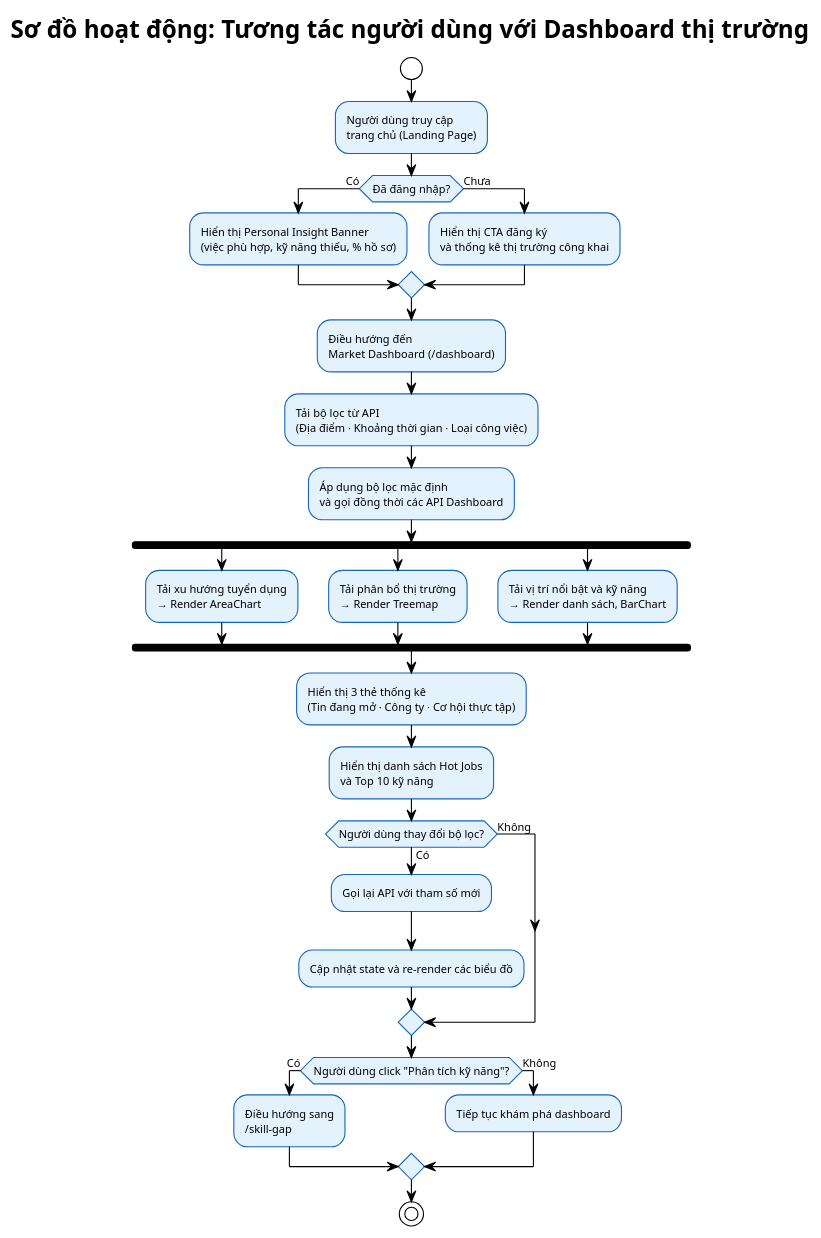
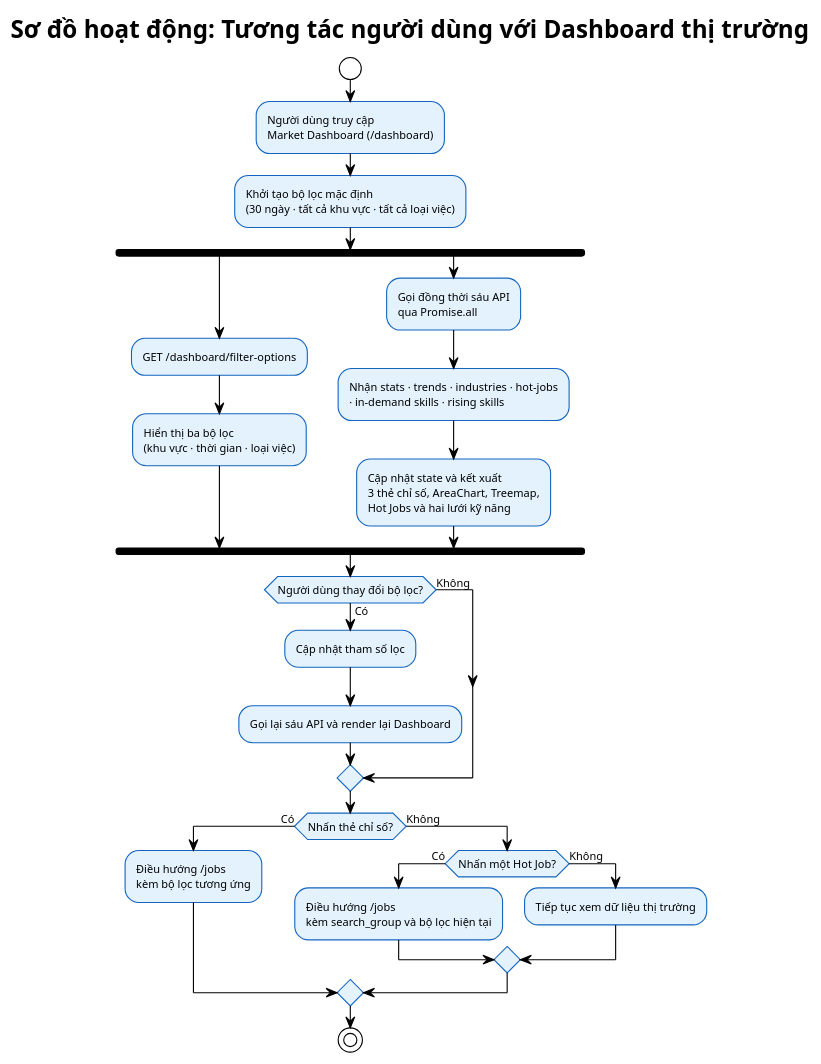
One commit to Myy1112/082026 changed the diagram in SourceCode/diagrams/ui_dashboard_flow.puml. Above: the diagram before and after it, drawn with PlantUML. The commit also changed 13 other files, not shown here.

Commit message:
feat: update dashboard sequence and UI flow diagrams with supporting assets and documentation

```diff
--- a/SourceCode/diagrams/ui_dashboard_flow.puml
+++ b/SourceCode/diagrams/ui_dashboard_flow.puml
@@ -1,60 +1,51 @@
 @startuml ui_dashboard_flow
 !theme plain
 skinparam defaultFontSize 10
 skinparam defaultFontName Arial
 skinparam backgroundColor #FFFFFF
 skinparam activity {
     BackgroundColor #E3F2FD
     BorderColor #1565C0
     FontSize 10
 }
 skinparam diamond {
     BackgroundColor #FFF8E1
     BorderColor #E65100
 }
 
 title Sơ đồ hoạt động: Tương tác người dùng với Dashboard thị trường
 
 start
 
-:Người dùng truy cập\ntrang chủ (Landing Page);
+:Người dùng truy cập\nMarket Dashboard (/dashboard);
 
-if (Đã đăng nhập?) then (Có)
-    :Hiển thị Personal Insight Banner\n(việc phù hợp, kỹ năng thiếu, % hồ sơ);
-else (Chưa)
-    :Hiển thị CTA đăng ký\nvà thống kê thị trường công khai;
-endif
-
-:Điều hướng đến\nMarket Dashboard (/dashboard);
-
-:Tải bộ lọc từ API\n(Địa điểm · Khoảng thời gian · Loại công việc);
-
-:Áp dụng bộ lọc mặc định\nvà gọi đồng thời các API Dashboard;
+:Khởi tạo bộ lọc mặc định\n(30 ngày · tất cả khu vực · tất cả loại việc);
 
 fork
-    :Tải xu hướng tuyển dụng\n→ Render AreaChart;
+    :GET /dashboard/filter-options;
+    :Hiển thị ba bộ lọc\n(khu vực · thời gian · loại việc);
 fork again
-    :Tải phân bổ thị trường\n→ Render Treemap;
-fork again
-    :Tải vị trí nổi bật và kỹ năng\n→ Render danh sách, BarChart;
+    :Gọi đồng thời sáu API\nqua Promise.all;
+    :Nhận stats · trends · industries · hot-jobs\n· in-demand skills · rising skills;
+    :Cập nhật state và kết xuất\n3 thẻ chỉ số, AreaChart, Treemap,\nHot Jobs và hai lưới kỹ năng;
 end fork
 
-:Hiển thị 3 thẻ thống kê\n(Tin đang mở · Công ty · Cơ hội thực tập);
-
-:Hiển thị danh sách Hot Jobs\nvà Top 10 kỹ năng;
-
 if (Người dùng thay đổi bộ lọc?) then (Có)
-    :Gọi lại API với tham số mới;
-    :Cập nhật state và re-render các biểu đồ;
+    :Cập nhật tham số lọc;
+    :Gọi lại sáu API và render lại Dashboard;
 else (Không)
 endif
 
-if (Người dùng click "Phân tích kỹ năng"?) then (Có)
-    :Điều hướng sang\n/skill-gap;
+if (Nhấn thẻ chỉ số?) then (Có)
+    :Điều hướng /jobs\nkèm bộ lọc tương ứng;
 else (Không)
-    :Tiếp tục khám phá dashboard;
+    if (Nhấn một Hot Job?) then (Có)
+        :Điều hướng /jobs\nkèm search_group và bộ lọc hiện tại;
+    else (Không)
+        :Tiếp tục xem dữ liệu thị trường;
+    endif
 endif
 
 stop
 
 @enduml
```
